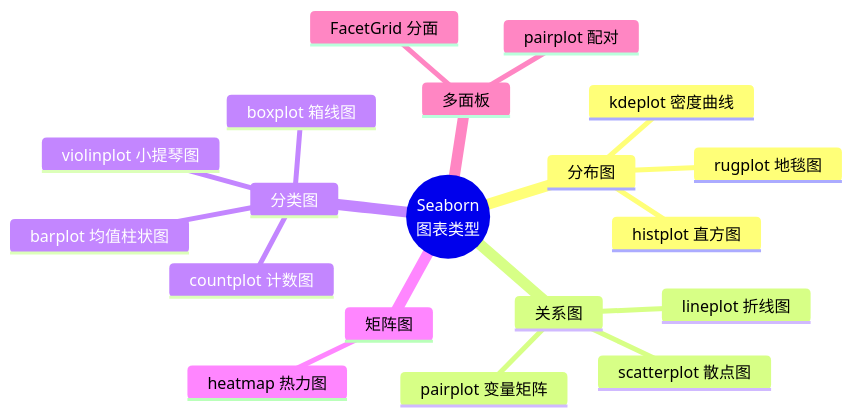
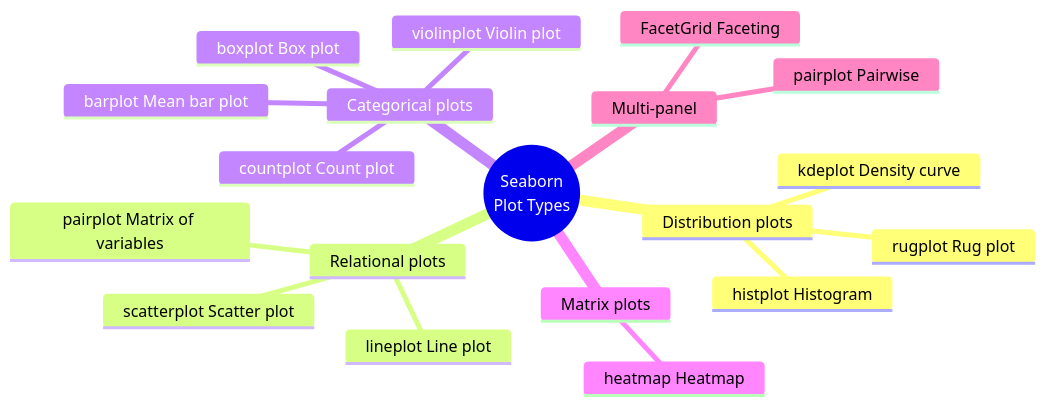
The third of 3 diagrams in docs/ch03-data-analysis/ch04-visualization/02-seaborn.md (oudbiao/AI-fullstack-course), drawn with Mermaid before and after one commit. The commit also changed other lines of this file and 1406 other files, not shown here.

````diff
--- a/docs/ch03-data-analysis/ch04-visualization/02-seaborn.md
+++ b/docs/ch03-data-analysis/ch04-visualization/02-seaborn.md
@@ -454,22 +452,22 @@
 ```mermaid
 mindmap
-  root(("Seaborn<br/>图表类型"))
-    分布图
-      histplot 直方图
-      kdeplot 密度曲线
-      rugplot 地毯图
-    关系图
-      scatterplot 散点图
-      lineplot 折线图
-      pairplot 变量矩阵
-    分类图
-      boxplot 箱线图
-      violinplot 小提琴图
-      barplot 均值柱状图
-      countplot 计数图
-    矩阵图
-      heatmap 热力图
-    多面板
-      FacetGrid 分面
-      pairplot 配对
+  root(("Seaborn<br/>Plot Types"))
+    Distribution plots
+      histplot Histogram
+      kdeplot Density curve
+      rugplot Rug plot
+    Relational plots
+      scatterplot Scatter plot
+      lineplot Line plot
+      pairplot Matrix of variables
+    Categorical plots
+      boxplot Box plot
+      violinplot Violin plot
+      barplot Mean bar plot
+      countplot Count plot
+    Matrix plots
+      heatmap Heatmap
+    Multi-panel
+      FacetGrid Faceting
+      pairplot Pairwise
 ```
````
